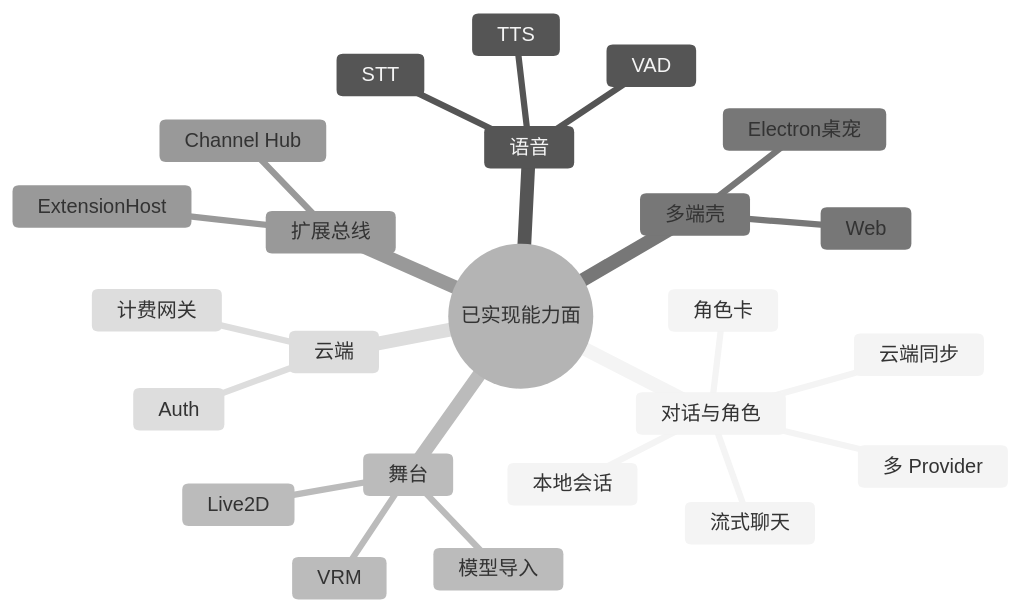
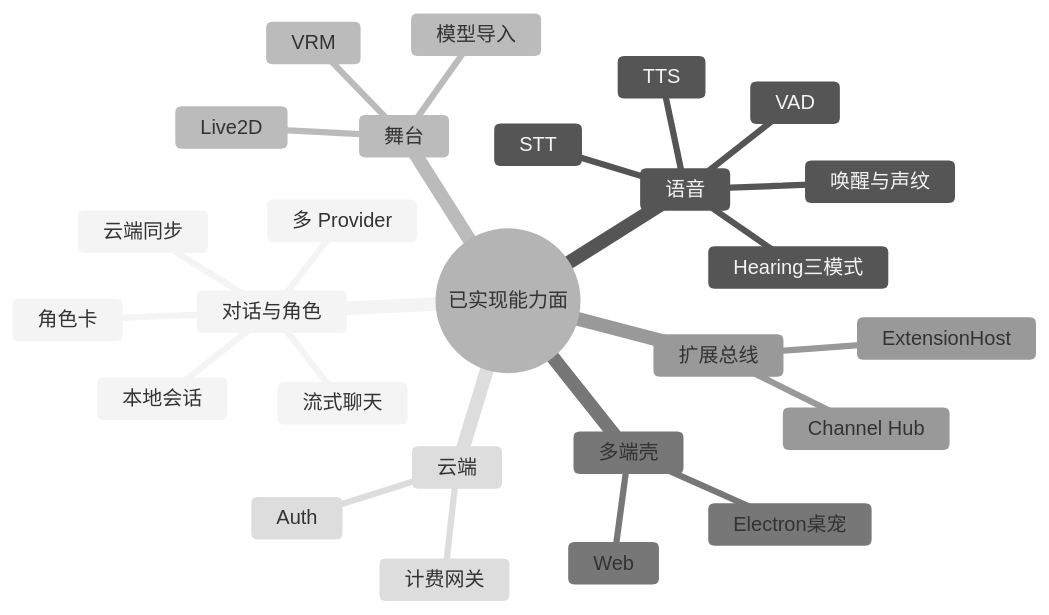
Before and after one commit to ifloveisture/airi_learning: the diagram in learning/功能地图.md, drawn with Mermaid (neutral theme). The commit also changed other lines of this file and 95 other files, not shown here.

````diff
--- a/learning/功能地图.md
+++ b/learning/功能地图.md
@@ -15,27 +15,29 @@
 ```mermaid
 mindmap
   root((已实现能力面))
     对话与角色
       流式聊天
       角色卡
       多 Provider
       本地会话
       云端同步
     语音
+      Hearing三模式
       VAD
       STT
+      唤醒与声纹
       TTS
     舞台
       Live2D
       VRM
       模型导入
     多端壳
       Web
       Electron桌宠
     扩展总线
       Channel Hub
       ExtensionHost
     云端
       Auth
       计费网关
 ```
````
